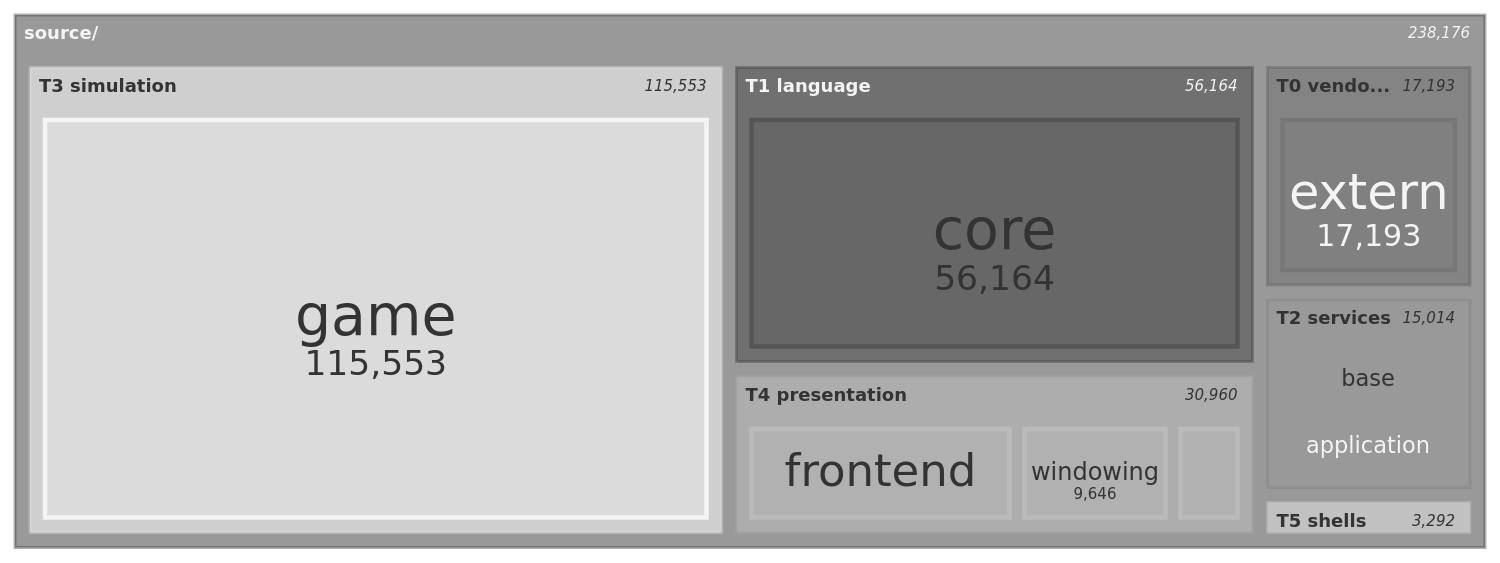
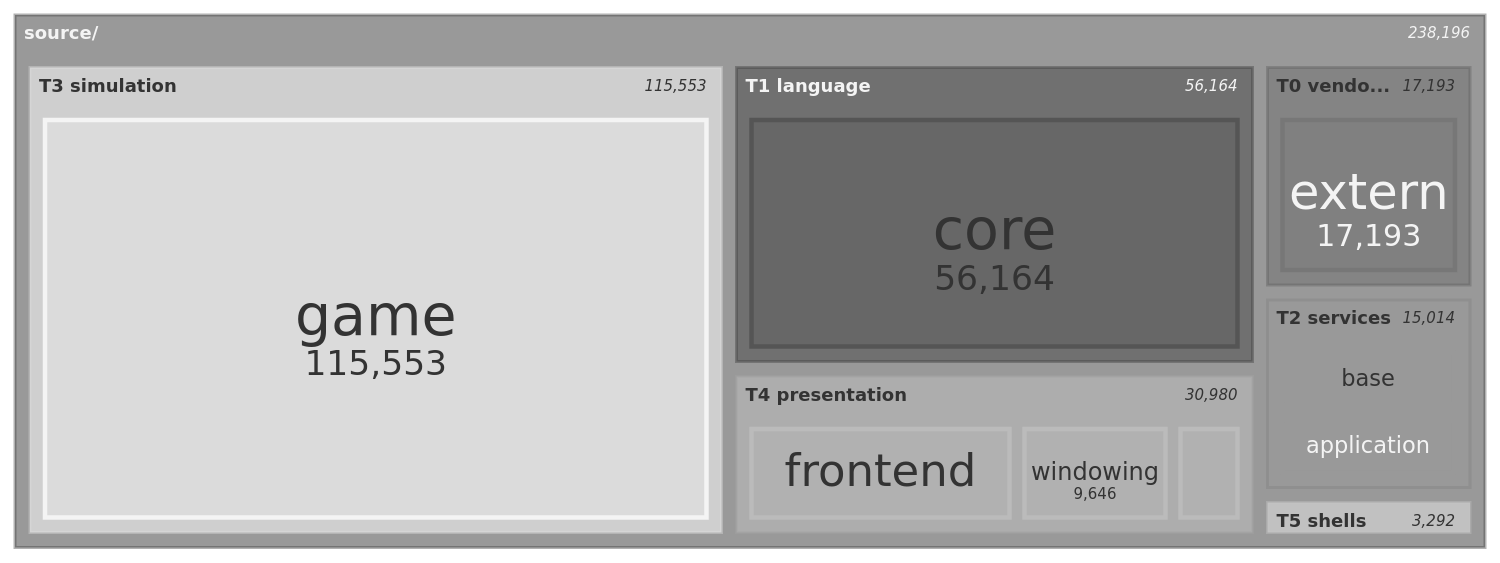
One commit to apnex/OpenStarbound changed the seventh of 11 diagrams in docs/architecture/system-boundaries.md. Above: the diagram before and after it, drawn with Mermaid (neutral theme). The commit also changed other lines of this file and 1 other file, not shown here.

````diff
--- a/docs/architecture/system-boundaries.md
+++ b/docs/architecture/system-boundaries.md
@@ -577,21 +577,21 @@
 ```mermaid
 treemap-beta
 "source/"
     "T0 vendored"
         "extern": 17193
     "T1 language"
         "core": 56164
     "T2 services"
         "base": 7449
         "application": 7423
         "platform": 142
     "T3 simulation"
         "game": 115553
     "T4 presentation"
         "frontend": 16863
         "windowing": 9646
-        "rendering": 4451
+        "rendering": 4471
     "T5 shells"
         "client": 2509
         "server": 783
 ```
````
